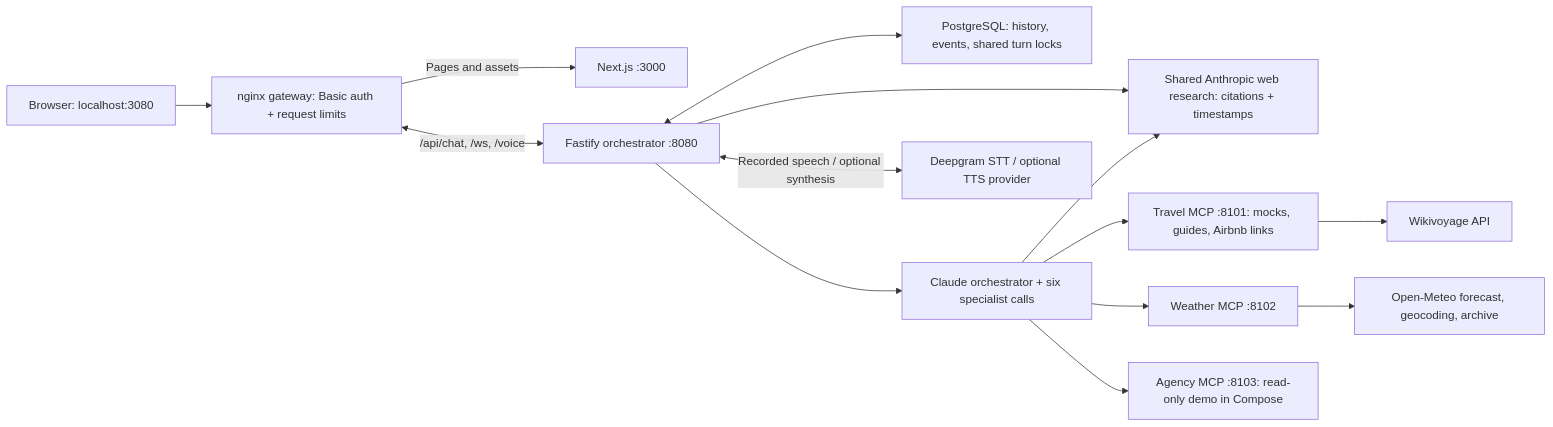
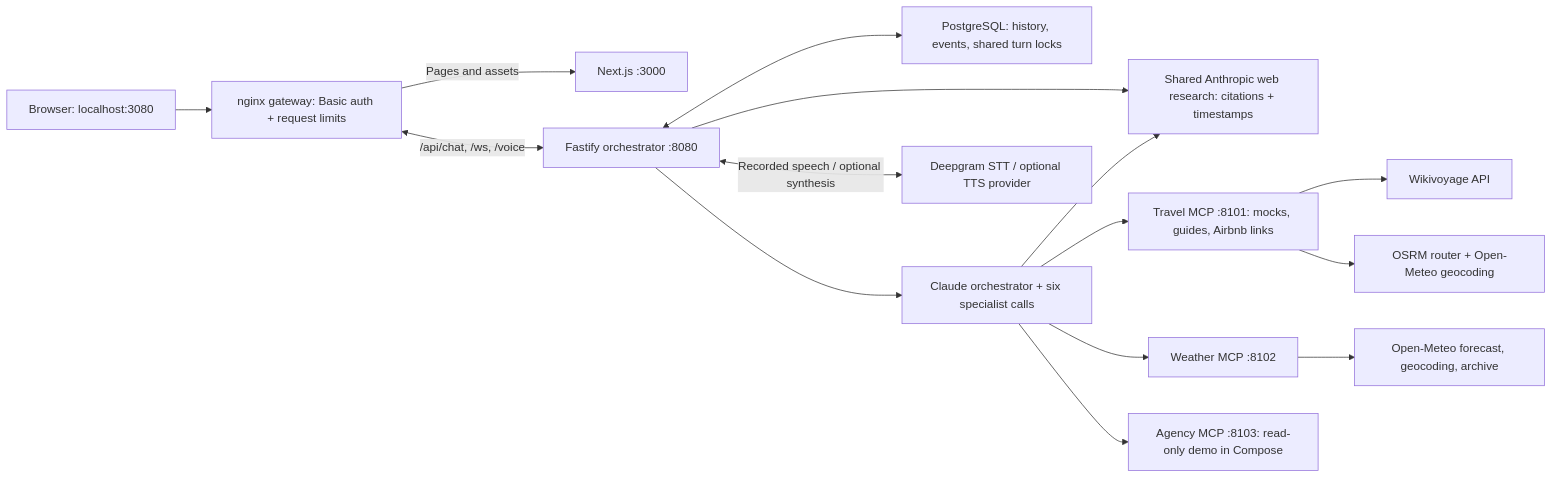
One commit to rohansawant07/voice-agentic-ai changed the diagram in README.md. Above: the diagram before and after it, drawn with Mermaid. The commit also changed other lines of this file and 13 other files, not shown here.

````diff
--- a/README.md
+++ b/README.md
@@ -97,16 +99,17 @@
 ```mermaid
 flowchart LR
   U["Browser: localhost:3080"] --> G["nginx gateway: Basic auth + request limits"]
   G -->|Pages and assets| WEB["Next.js :3000"]
   G <-->|"/api/chat, /ws, /voice"| O["Fastify orchestrator :8080"]
   O <--> DB["PostgreSQL: history, events, shared turn locks"]
   O --> SEARCH["Shared Anthropic web research: citations + timestamps"]
   AI --> SEARCH
   O --> AI["Claude orchestrator + six specialist calls"]
   O <-->|Recorded speech / optional synthesis| VOICE["Deepgram STT / optional TTS provider"]
   AI --> T["Travel MCP :8101: mocks, guides, Airbnb links"]
   T --> WV["Wikivoyage API"]
+  T --> OSRM["OSRM router + Open-Meteo geocoding"]
   AI --> W["Weather MCP :8102"]
   W --> OM["Open-Meteo forecast, geocoding, archive"]
   AI --> A["Agency MCP :8103: read-only demo in Compose"]
 ```
````
